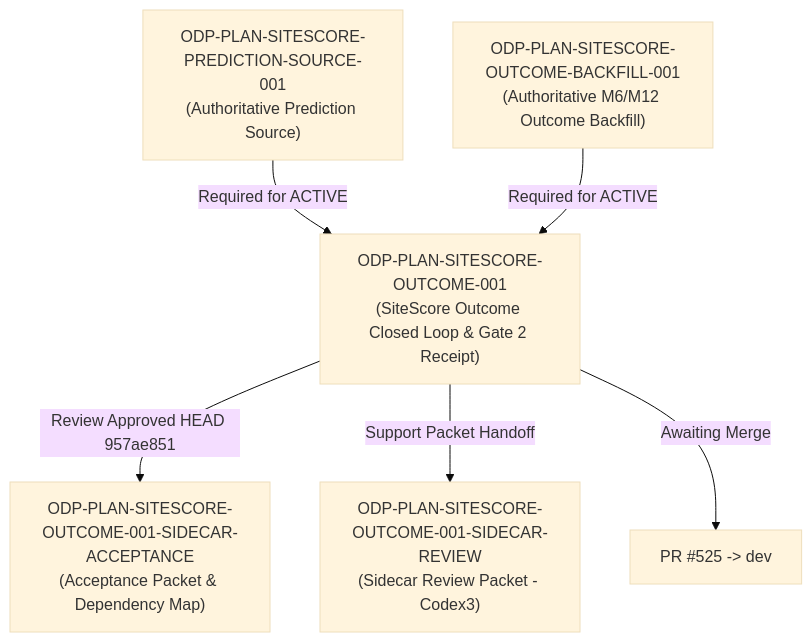
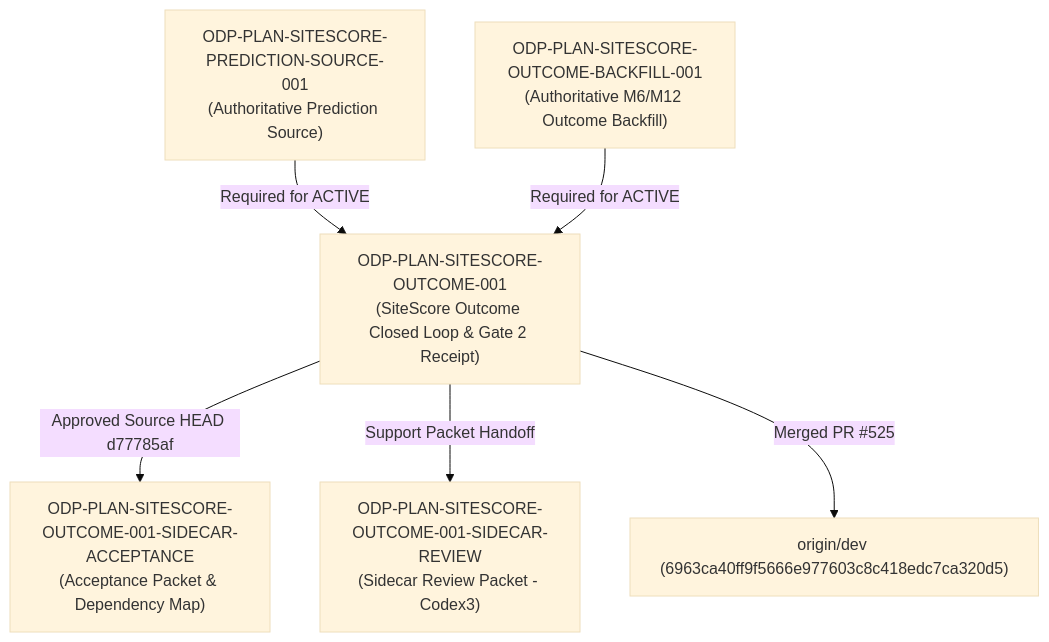
Before and after one commit to alfloop-dev/odayplus: the diagram in support/sidecars/ODP-PLAN-SITESCORE-OUTCOME-001/ODP-PLAN-SITESCORE-OUTCOME-001-SIDECAR-ACCEPTANCE.md, drawn with Mermaid (base theme). The commit also changed other lines of this file, not shown here.

First line of the commit message:
ODP-PLAN-SITESCORE-OUTCOME-001-SIDECAR-ACCEPTANCE: update packet identity and verification

````diff
--- a/support/sidecars/ODP-PLAN-SITESCORE-OUTCOME-001/ODP-PLAN-SITESCORE-OUTCOME-001-SIDECAR-ACCEPTANCE.md
+++ b/support/sidecars/ODP-PLAN-SITESCORE-OUTCOME-001/ODP-PLAN-SITESCORE-OUTCOME-001-SIDECAR-ACCEPTANCE.md
@@ -86,8 +88,8 @@
 ```mermaid
 graph TD
     A["ODP-PLAN-SITESCORE-PREDICTION-SOURCE-001<br/>(Authoritative Prediction Source)"] -->|Required for ACTIVE| C["ODP-PLAN-SITESCORE-OUTCOME-001<br/>(SiteScore Outcome Closed Loop & Gate 2 Receipt)"]
     B["ODP-PLAN-SITESCORE-OUTCOME-BACKFILL-001<br/>(Authoritative M6/M12 Outcome Backfill)"] -->|Required for ACTIVE| C
-    C -->|Review Approved HEAD 957ae851| D["ODP-PLAN-SITESCORE-OUTCOME-001-SIDECAR-ACCEPTANCE<br/>(Acceptance Packet & Dependency Map)"]
+    C -->|Approved Source HEAD d77785af| D["ODP-PLAN-SITESCORE-OUTCOME-001-SIDECAR-ACCEPTANCE<br/>(Acceptance Packet & Dependency Map)"]
     C -->|Support Packet Handoff| E["ODP-PLAN-SITESCORE-OUTCOME-001-SIDECAR-REVIEW<br/>(Sidecar Review Packet - Codex3)"]
-    C -->|Awaiting Merge| F["PR #525 -> dev"]
+    C -->|Merged PR #525| F["origin/dev (6963ca40ff9f5666e977603c8c418edc7ca320d5)"]
 ```
````
